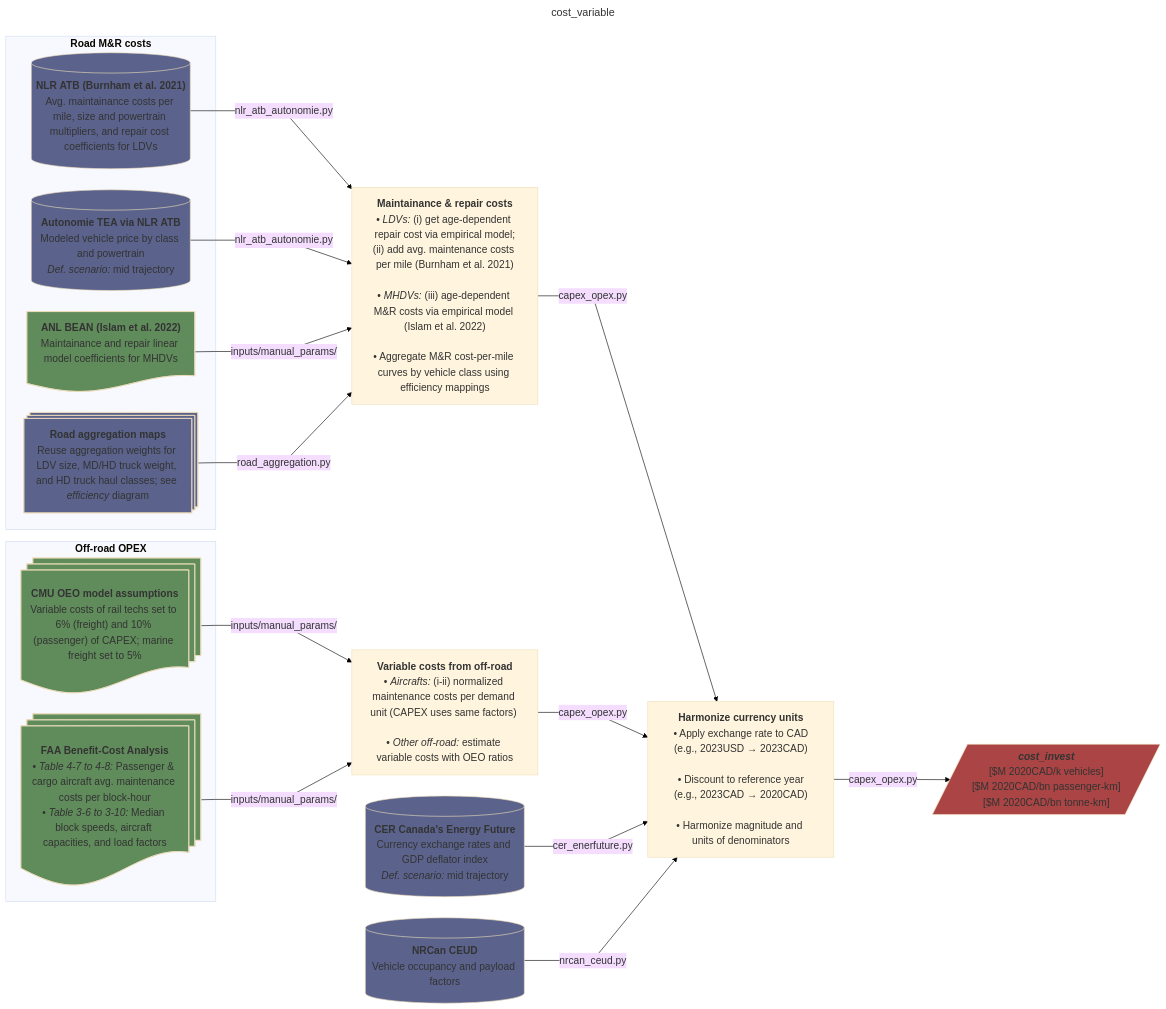
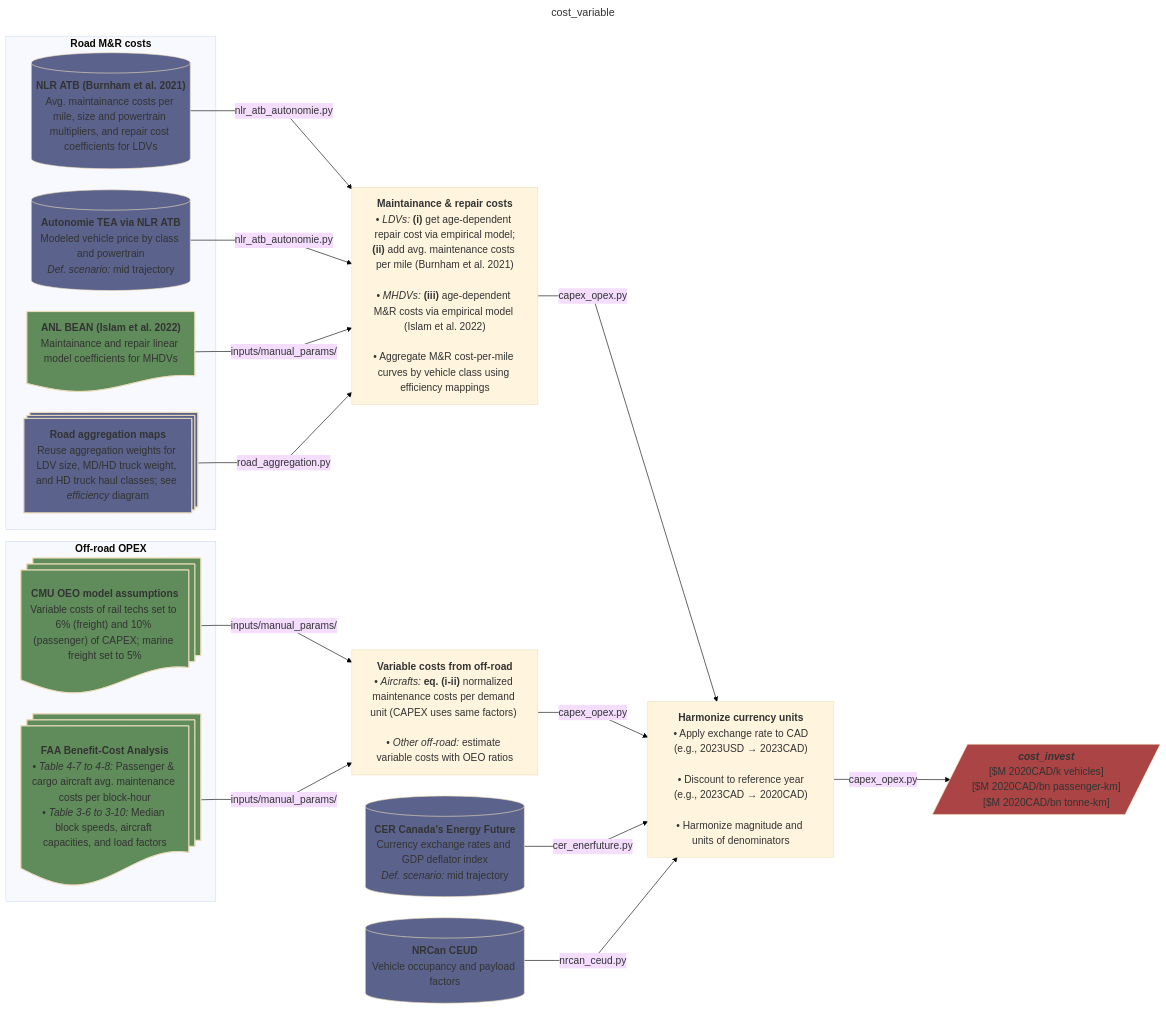
Before and after one commit to CANOE-main/canoe-transportation: the ninth of 9 diagrams in README.md, drawn with Mermaid. The commit also changed other lines of this file, not shown here.

Commit message:
Fixed eq. references in README.md

````diff
--- a/README.md
+++ b/README.md
@@ -659,70 +659,70 @@
 ```mermaid
 ---
 title: cost_variable
 config:
   layout: dagre
   theme: base
   themeVariables:
     background: "#ffffff"
     fontSize: 17px
   flowchart:
     nodeSpacing: 35
     rankSpacing: 50
     wrappingWidth: 250
     curve: linear
 ---
 flowchart LR
   subgraph offroad["`**Off-road OPEX**`"]
 	  %% --- Sources ---
 	  s7@{shape: docs, label: "**CMU OEO model assumptions**<br>Variable costs of rail techs set to 6% (freight) and 10% (passenger) of CAPEX; marine freight set to 5%"}
 	  s8@{shape: docs, label: "**FAA Benefit-Cost Analysis**<br>• *Table 4-7 to 4-8:* Passenger & cargo aircraft avg. maintenance costs per block-hour<br>• *Table 3-6 to 3-10:* Median block speeds, aircraft capacities, and load factors"}
   end
 	  
   %% --- Processes ---
-  p3["`**Variable costs from off-road**<br>• *Aircrafts:* (i-ii) normalized maintenance costs per demand unit (CAPEX uses same factors) <br><br>• *Other off-road:* estimate variable costs with OEO ratios`"]
+  p3["`**Variable costs from off-road**<br>• *Aircrafts:* **eq. (i-ii)** normalized maintenance costs per demand unit (CAPEX uses same factors) <br><br>• *Other off-road:* estimate variable costs with OEO ratios`"]
   s7 & s8 -- inputs/manual_params/ --> p3
   
   subgraph road["`**Road M&R costs**`"]
 	  %% --- Sources ---
 	  s1@{shape: processes, label: "**Road aggregation maps**<br>Reuse aggregation weights for LDV size, MD/HD truck weight, and HD truck haul classes; see *efficiency* diagram"}
 	  s2[("`**NLR ATB (Burnham et al. 2021)**<br>Avg. maintainance costs per mile, size and powertrain multipliers, and repair cost coefficients for LDVs`")]
 	  s3@{shape: doc, label: "**ANL BEAN (Islam et al. 2022)**<br>Maintainance and repair linear model coefficients for MHDVs"}
 	  s4[("`**Autonomie TEA via NLR ATB**<br>Modeled vehicle price by class and powertrain<br>*Def. scenario:* mid trajectory`")]
   end
 	  
   %% --- Processes ---
-  p2["`**Maintainance & repair costs**<br>• *LDVs:* (i) get age-dependent repair cost via empirical model;<br>(ii) add avg. maintenance costs per mile (Burnham et al. 2021)<br><br>• *MHDVs:* (iii) age-dependent M&R costs via empirical model (Islam et al. 2022)<br><br>• Aggregate M&R cost-per-mile curves by vehicle class using efficiency mappings`"]
+  p2["`**Maintainance & repair costs**<br>• *LDVs:* **(i)** get age-dependent repair cost via empirical model;<br>**(ii)** add avg. maintenance costs per mile (Burnham et al. 2021)<br><br>• *MHDVs:* **(iii)** age-dependent M&R costs via empirical model (Islam et al. 2022)<br><br>• Aggregate M&R cost-per-mile curves by vehicle class using efficiency mappings`"]
   s2 -- nlr_atb_autonomie.py --> p2
   s4 -- nlr_atb_autonomie.py --> p2
   s3 -- inputs/manual_params/ --> p2
   s1 -- road_aggregation.py --> p2
   
   s0[("`**CER Canada's Energy Future**<br>Currency exchange rates and GDP deflator index<br>*Def. scenario:* mid trajectory`")]
   s9[("`**NRCan CEUD**<br>Vehicle occupancy and payload factors`")]
   p4["`**Harmonize currency units**<br>• Apply exchange rate to CAD<br>(e.g., 2023USD → 2023CAD)<br><br>• Discount to reference year<br>(e.g., 2023CAD → 2020CAD)<br><br>• Harmonize magnitude and units of denominators`"]
   p2 -- capex_opex.py --> p4
   p3 -- capex_opex.py --> p4
   s0 -- cer_enerfuture.py --> p4
   s9 -- nrcan_ceud.py --> p4
 
   p4 -- capex_opex.py --> o1[/"`***cost_invest***<br>[$M 2020CAD/k vehicles]<br>[$M 2020CAD/bn passenger-km]<br>[$M 2020CAD/bn tonne-km]`"/]
 
   %% --- Styling ---
   classDef database fill:#5b638c
   classDef doc fill:#608c5b
   classDef output fill:#ab4444
 
   class s0,s1,s2,s4,s9 database;
   class s7,s8,s3 doc;
   class o1 output;
 
   %% --- Hyperlinks ---
   click s9 "https://oee.nrcan.gc.ca/corporate/statistics/neud/dpa/menus/trends/comprehensive_tables/list.cfm"
   click s8 "https://www.faa.gov/regulations_policies/policy_guidance/benefit_cost"
   click s7 "https://github.com/TemoaProject/oeo/blob/master/database_documentation/TransportationSector.ipynb"
   click s2 "https://atb.nlr.gov/transportation/2024/data"
   click s2_2 "https://anl.app.box.com/s/an4nx0v2xpudxtpsnkhd5peimzu4j1hk/folder/242640145714"
   click s0 "https://open.canada.ca/data/en/dataset/07c42deb-9435-43b9-a416-7ce316f3893d"
   click s3 "https://vms.taps.anl.gov/research-highlights/vehicle-technologies/u-s-doe-vto-hfto-r-d-benefits/"
   click s4 "https://vms.taps.anl.gov/research-highlights/vehicle-technologies/u-s-doe-vto-hfto-r-d-benefits/"
 ```
````
